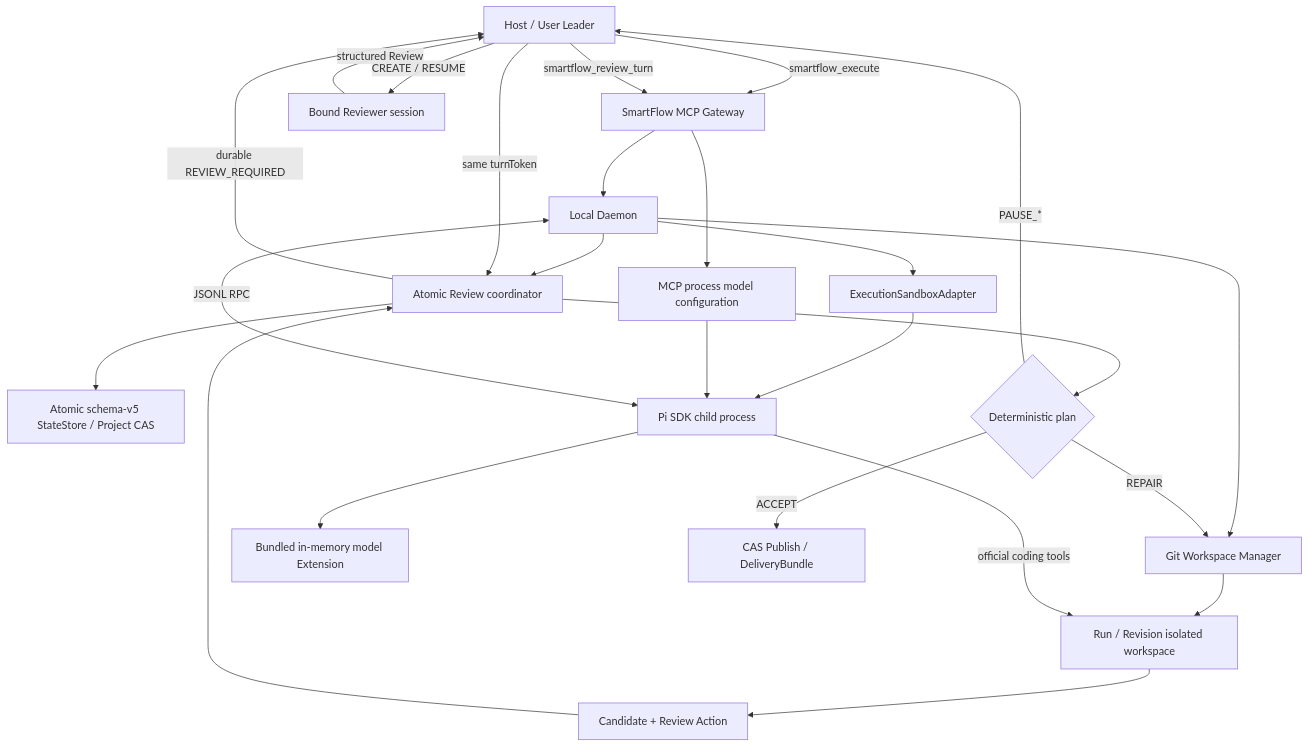
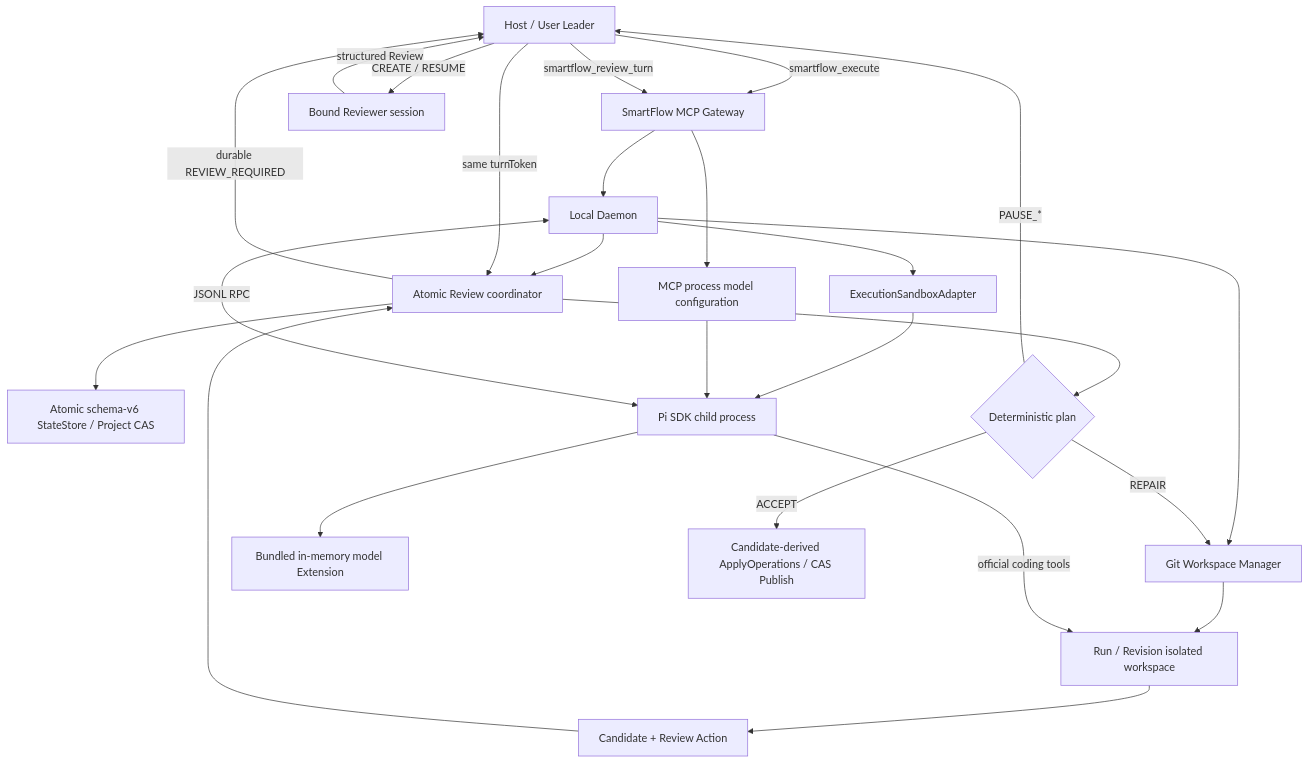
Before and after one commit to JerryWu1234/AI-smart-flow: the first of 2 diagrams in specs/001-smartflow-mvp/plan.md, drawn with Mermaid. The commit also changed other lines of this file and 133 other files, not shown here.

````diff
--- a/specs/001-smartflow-mvp/plan.md
+++ b/specs/001-smartflow-mvp/plan.md
@@ -85,27 +85,27 @@
 ```mermaid
 flowchart TD
     H["Host / User Leader"] -->|"smartflow_execute"| M["SmartFlow MCP Gateway"]
     H -->|"smartflow_review_turn"| M
     M --> D["Local Daemon"]
     M --> E["MCP process model configuration"]
     D --> Q["Atomic Review coordinator"]
-    Q --> S["Atomic schema-v5 StateStore / Project CAS"]
+    Q --> S["Atomic schema-v6 StateStore / Project CAS"]
     D --> G["Git Workspace Manager"]
     G --> W["Run / Revision isolated workspace"]
     D --> X["ExecutionSandboxAdapter"]
     X --> P["Pi SDK child process"]
     E --> P
     P --> I["Bundled in-memory model Extension"]
     D <-->|"JSONL RPC"| P
     P -->|"official coding tools"| W
     W --> C["Candidate + Review Action"]
     C --> Q
     Q -->|"durable REVIEW_REQUIRED"| H
     H -->|"CREATE / RESUME"| R["Bound Reviewer session"]
     R -->|"structured Review"| H
     H -->|"same turnToken"| Q
     Q --> A{"Deterministic plan"}
-    A -->|"ACCEPT"| U["CAS Publish / DeliveryBundle"]
+    A -->|"ACCEPT"| U["Candidate-derived ApplyOperations / CAS Publish"]
     A -->|"REPAIR"| G
     A -->|"PAUSE_*"| H
 ```
````
